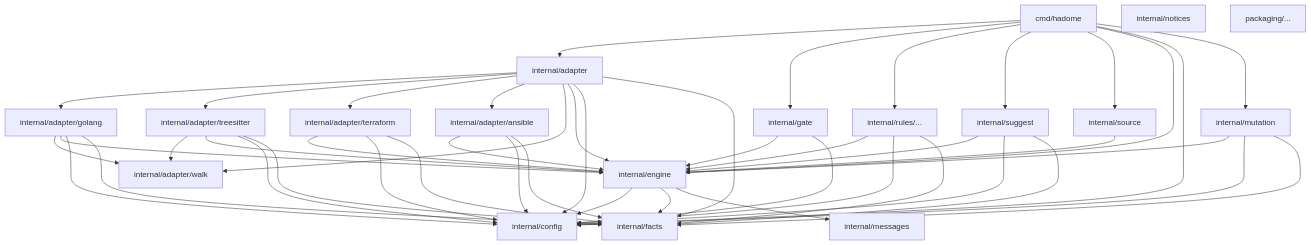
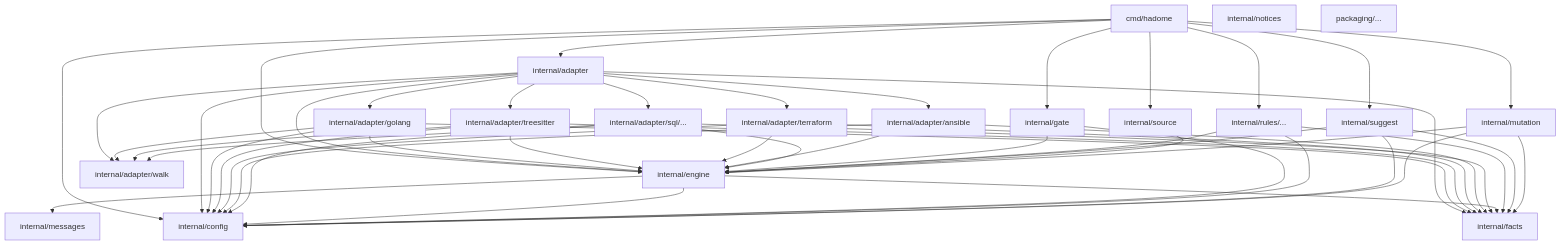
One commit to rerorets/hadome changed the diagram in docs/design/dependencies.ja.md. Above: the diagram before and after it, drawn with Mermaid. The commit also changed other lines of this file and 146 other files, not shown here.

````diff
--- a/docs/design/dependencies.ja.md
+++ b/docs/design/dependencies.ja.md
@@ -8,17 +8,17 @@
 ```mermaid
 flowchart TB
   cmd["cmd/hadome"] --> adapter["internal/adapter"] & gate["internal/gate"] & rules["internal/rules/..."]
   cmd --> suggest["internal/suggest"] & source["internal/source"] & engine["internal/engine"] & config["internal/config"]
   cmd --> mutation["internal/mutation"]
-  adapter --> golang["internal/adapter/golang"] & treesitter["internal/adapter/treesitter"] & terraform["internal/adapter/terraform"] & ansible["internal/adapter/ansible"]
-  adapter & golang & treesitter --> walk["internal/adapter/walk"]
-  adapter & golang & treesitter & terraform & ansible --> engine & config & facts["internal/facts"]
+  adapter --> golang["internal/adapter/golang"] & treesitter["internal/adapter/treesitter"] & terraform["internal/adapter/terraform"] & ansible["internal/adapter/ansible"] & sqladapter["internal/adapter/sql/..."]
+  adapter & golang & treesitter & sqladapter --> walk["internal/adapter/walk"]
+  adapter & golang & treesitter & terraform & ansible & sqladapter --> engine & config & facts["internal/facts"]
   engine --> config & facts & messages["internal/messages"]
   gate --> engine & config
   rules --> engine & config & facts
   suggest --> engine & config & facts
   source --> engine
   mutation --> engine & config & facts
   notices["internal/notices"]
   packaging["packaging/..."]
 ```
````
